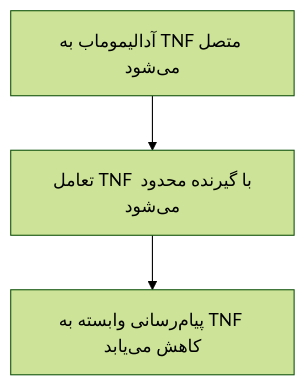
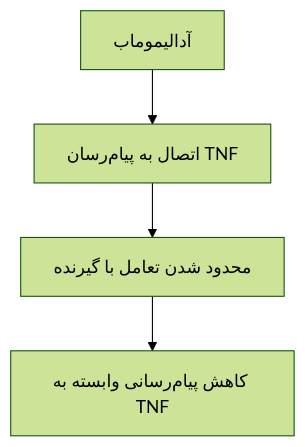
One commit to koolfox/koolfox.github.io changed the first of 2 diagrams in structural-bioinformatics/docs/class-presentation.fa.md. Above: the diagram before and after it, drawn with Mermaid (forest theme). The commit also changed other lines of this file and 26 other files, not shown here.

````diff
--- a/structural-bioinformatics/docs/class-presentation.fa.md
+++ b/structural-bioinformatics/docs/class-presentation.fa.md
@@ -31,5 +37,6 @@
 ```mermaid
 flowchart TB
-    A["آدالیموماب به TNF متصل می‌شود"] --> B["تعامل TNF با گیرنده محدود می‌شود"]
-    B --> C["پیام‌رسانی وابسته به TNF کاهش می‌یابد"]
+    A["آدالیموماب"] --> B["اتصال به پیام‌رسان TNF"]
+    B --> C["محدود شدن تعامل با گیرنده"]
+    C --> D["کاهش پیام‌رسانی وابسته به TNF"]
 ```
````
